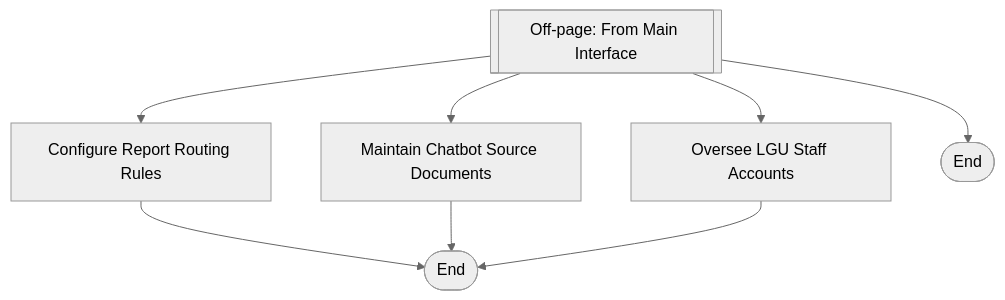
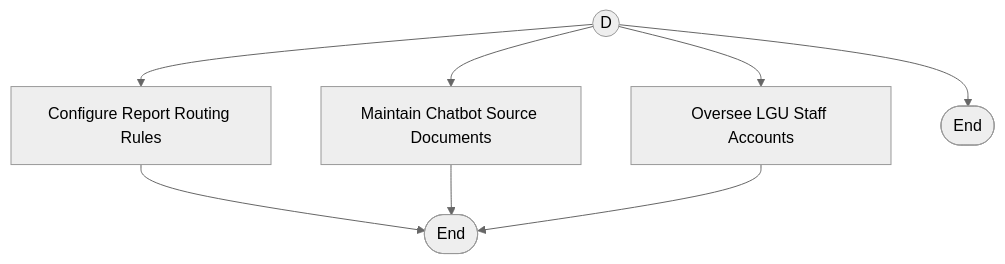
The eighth of 33 diagrams in Manuscript/diagrams.md (Jechrispotato/Refractor), drawn with Mermaid (neutral theme) before and after one commit. The commit also changed other lines of this file and 2 other files, not shown here.

````diff
--- a/Manuscript/diagrams.md
+++ b/Manuscript/diagrams.md
@@ -167,11 +167,11 @@
 ```mermaid
 flowchart TD
-    OP2[[Off-page: From Main Interface]] --> OA[Configure Report Routing Rules]
+    OP2((D)) --> OA[Configure Report Routing Rules]
     OP2 --> KB[Maintain Chatbot Source Documents]
     OP2 --> UM[Oversee LGU Staff Accounts]
     OP2 --> Logout([End])
 
     OA --> Done([End])
     KB --> Done
     UM --> Done
 ```
````
